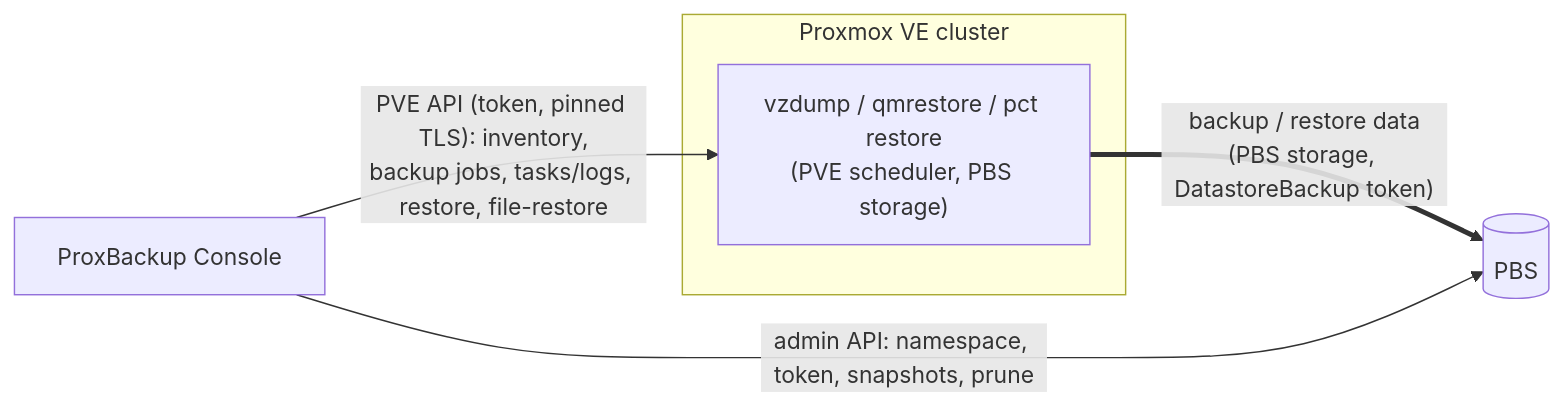
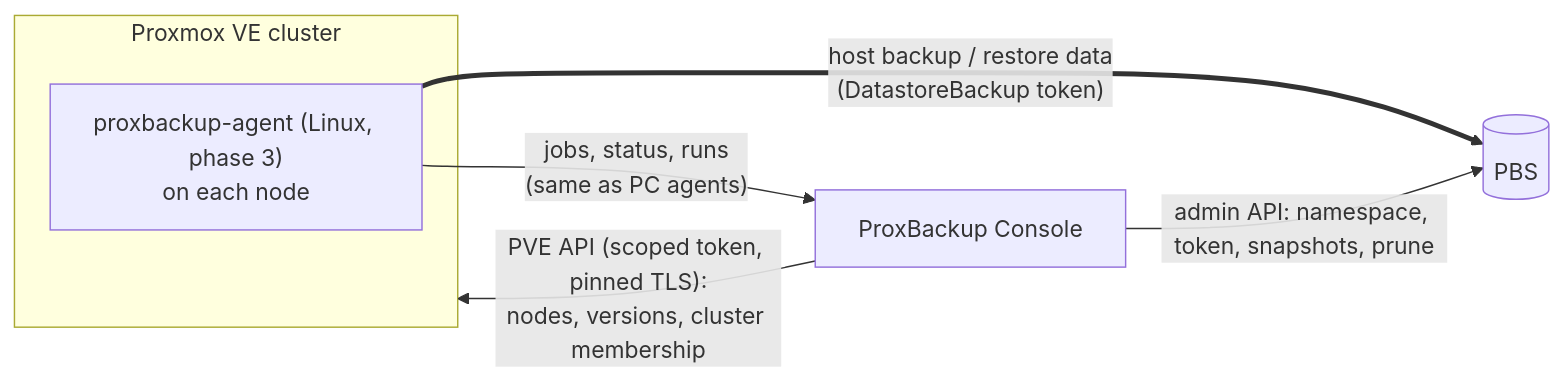
The sixth of 6 diagrams in docs/architecture.md (Lopicl/proxbackup-solution), drawn with Mermaid before and after one commit. The commit also changed other lines of this file, not shown here.

First line of the commit message:
docs: limit roadmap phase 7 to Proxmox VE host backups

````diff
--- a/docs/architecture.md
+++ b/docs/architecture.md
@@ -866,12 +868,13 @@
 ```mermaid
 flowchart LR
   subgraph PVE["Proxmox VE cluster"]
-    VZ["vzdump / qmrestore / pct restore<br/>(PVE scheduler, PBS storage)"]
+    AG["proxbackup-agent (Linux, phase 3)<br/>on each node"]
   end
   CON["ProxBackup Console"]
   PBS[("PBS")]
 
-  CON -- "PVE API (token, pinned TLS): inventory,<br/>backup jobs, tasks/logs, restore, file-restore" --> VZ
-  VZ == "backup / restore data<br/>(PBS storage, DatastoreBackup token)" ==> PBS
+  CON -- "PVE API (scoped token, pinned TLS):<br/>nodes, versions, cluster membership" --> PVE
+  AG -- "jobs, status, runs<br/>(same as PC agents)" --> CON
+  AG == "host backup / restore data<br/>(DatastoreBackup token)" ==> PBS
   CON -- "admin API: namespace, token, snapshots, prune" --> PBS
 ```
````
